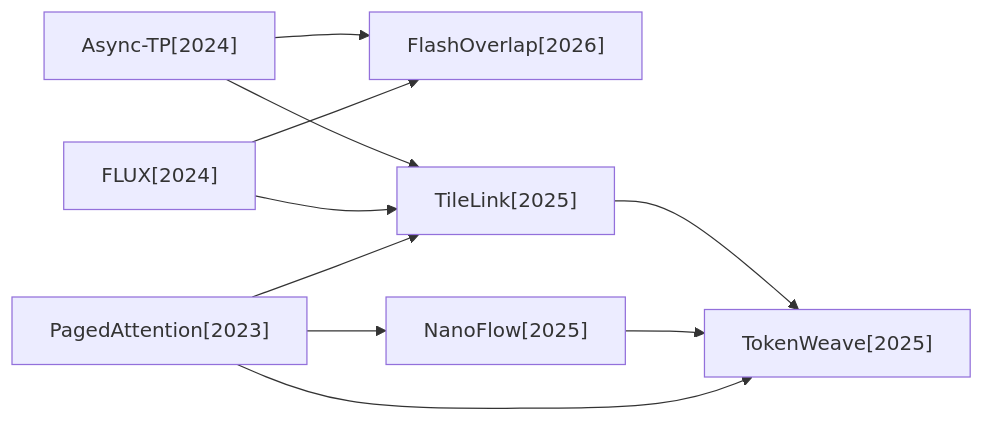
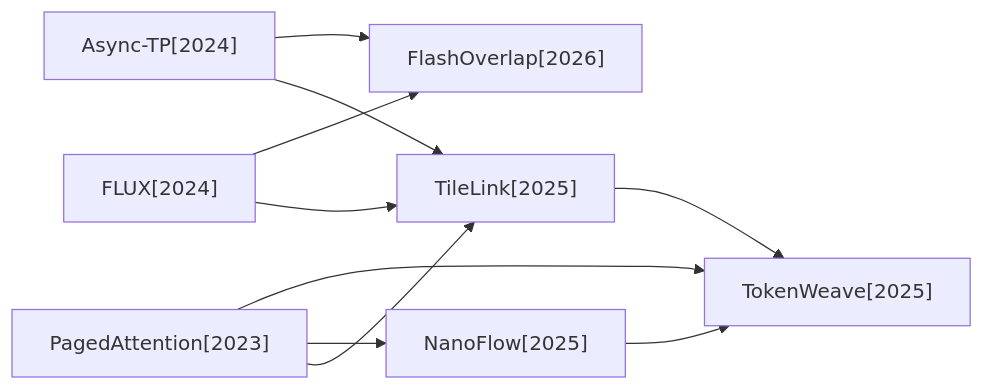
Before and after one commit to hustzxd/EfficientPaper: the first of 5 diagrams in docs/baseline_methods_graph.md, drawn with Mermaid. The commit also changed other lines of this file and 5 other files, not shown here.

````diff
--- a/docs/baseline_methods_graph.md
+++ b/docs/baseline_methods_graph.md
@@ -7,19 +7,19 @@
 ```mermaid
 flowchart LR
+    2023_PagedAttention["PagedAttention[2023]"]
+    2024_FLUX["FLUX[2024]"]
+    2025_TileLink["TileLink[2025]"]
     2026_FlashOverlap["FlashOverlap[2026]"]
-    2023_PagedAttention["PagedAttention[2023]"]
     2025_TokenWeave["TokenWeave[2025]"]
-    2024_FLUX["FLUX[2024]"]
     2025_NanoFlow["NanoFlow[2025]"]
     2024_Async_TP["Async-TP[2024]"]
-    2025_TileLink["TileLink[2025]"]
     2023_PagedAttention --> 2025_TileLink
     2023_PagedAttention --> 2025_NanoFlow
     2023_PagedAttention --> 2025_TokenWeave
     2024_FLUX --> 2025_TileLink
     2024_FLUX --> 2026_FlashOverlap
+    2025_TileLink --> 2025_TokenWeave
     2025_NanoFlow --> 2025_TokenWeave
     2024_Async_TP --> 2025_TileLink
     2024_Async_TP --> 2026_FlashOverlap
-    2025_TileLink --> 2025_TokenWeave
 ```
````
